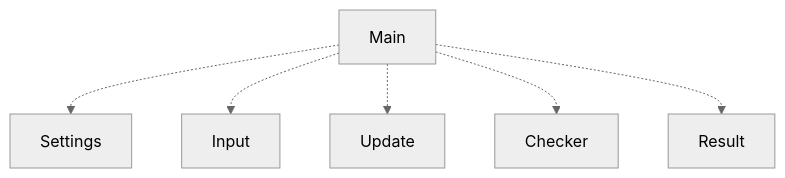
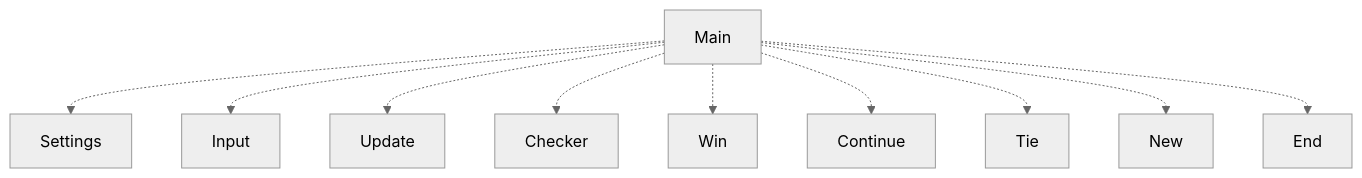
The first of 2 diagrams in docs/architecture.md (mcpaulafi/ctictactoe), drawn with Mermaid (neutral theme) before and after one commit. The commit also changed other lines of this file, not shown here.

Commit message:
Architecture update

````diff
--- a/docs/architecture.md
+++ b/docs/architecture.md
@@ -3,8 +5,13 @@
 ```mermaid
 flowchart TB
     Main -.-> Settings
     Main -.-> Input
     Main -.-> Update
     Main -.-> Checker
-    Main -.-> Result
+    Main -.-> Win
+    Main -.-> Continue
+    Main -.-> Tie
+    Main -.-> New
+    Main -.-> End
+
 ```
````
